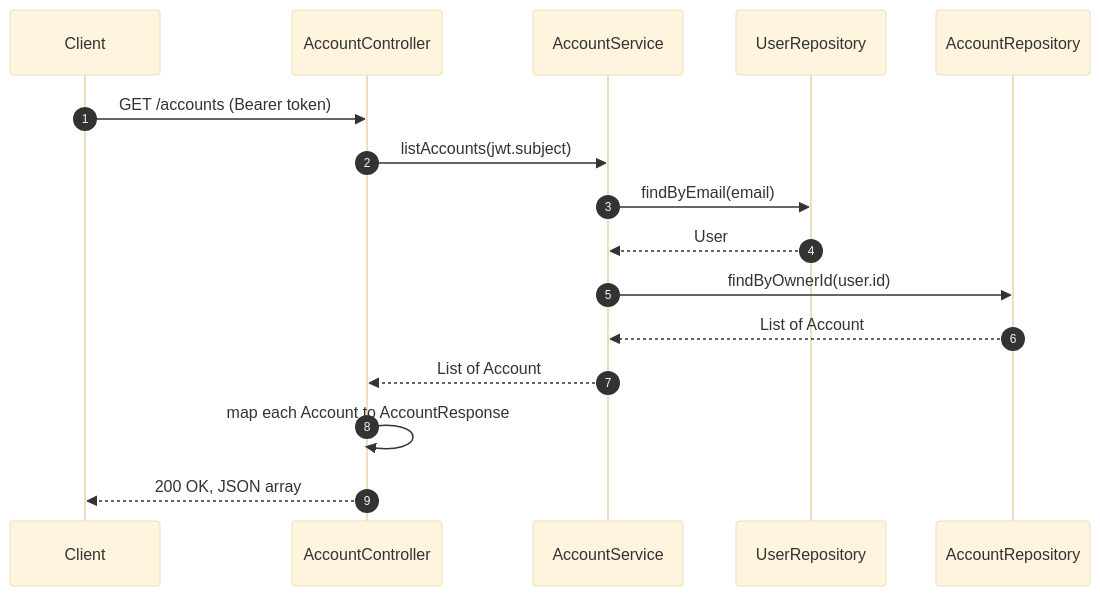
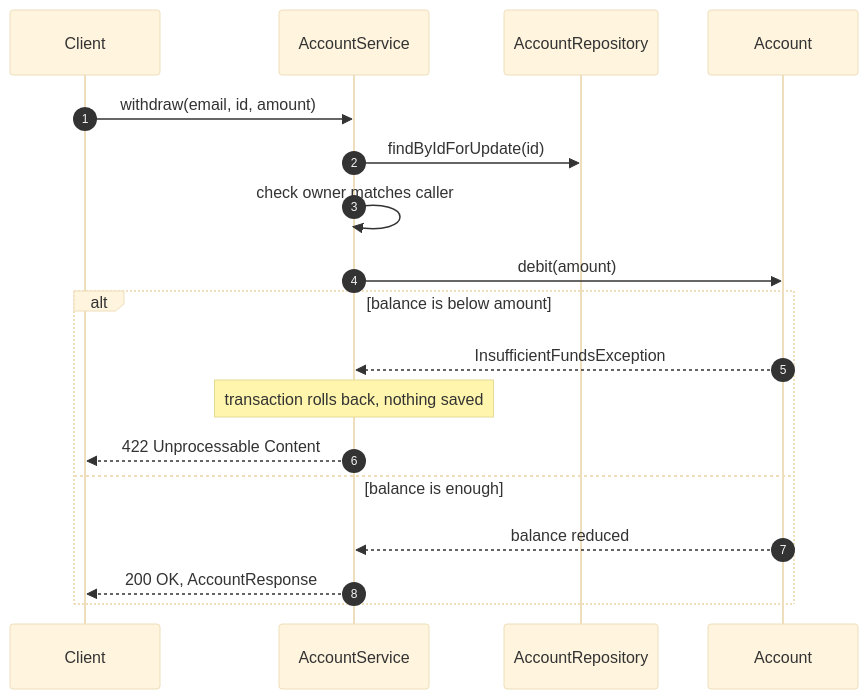
One commit to NikanEidi/ledgerlite changed the fourth of 6 diagrams in docs/02-accounts.md. Above: the diagram before and after it, drawn with Mermaid (base theme). The commit also changed other lines of this file and 15 other files, not shown here.

````diff
--- a/docs/02-accounts.md
+++ b/docs/02-accounts.md
@@ -129,19 +156,21 @@
 ```mermaid
 sequenceDiagram
     autonumber
     participant C as Client
-    participant CTRL as AccountController
     participant SVC as AccountService
-    participant UR as UserRepository
     participant AR as AccountRepository
+    participant ACC as Account
 
-    C->>CTRL: GET /accounts (Bearer token)
-    CTRL->>SVC: listAccounts(jwt.subject)
-    SVC->>UR: findByEmail(email)
-    UR-->>SVC: User
-    SVC->>AR: findByOwnerId(user.id)
-    AR-->>SVC: List of Account
-    SVC-->>CTRL: List of Account
-    CTRL->>CTRL: map each Account to AccountResponse
-    CTRL-->>C: 200 OK, JSON array
+    C->>SVC: withdraw(email, id, amount)
+    SVC->>AR: findByIdForUpdate(id)
+    SVC->>SVC: check owner matches caller
+    SVC->>ACC: debit(amount)
+    alt balance is below amount
+        ACC-->>SVC: InsufficientFundsException
+        Note over SVC: transaction rolls back, nothing saved
+        SVC-->>C: 422 Unprocessable Content
+    else balance is enough
+        ACC-->>SVC: balance reduced
+        SVC-->>C: 200 OK, AccountResponse
+    end
 ```
````
